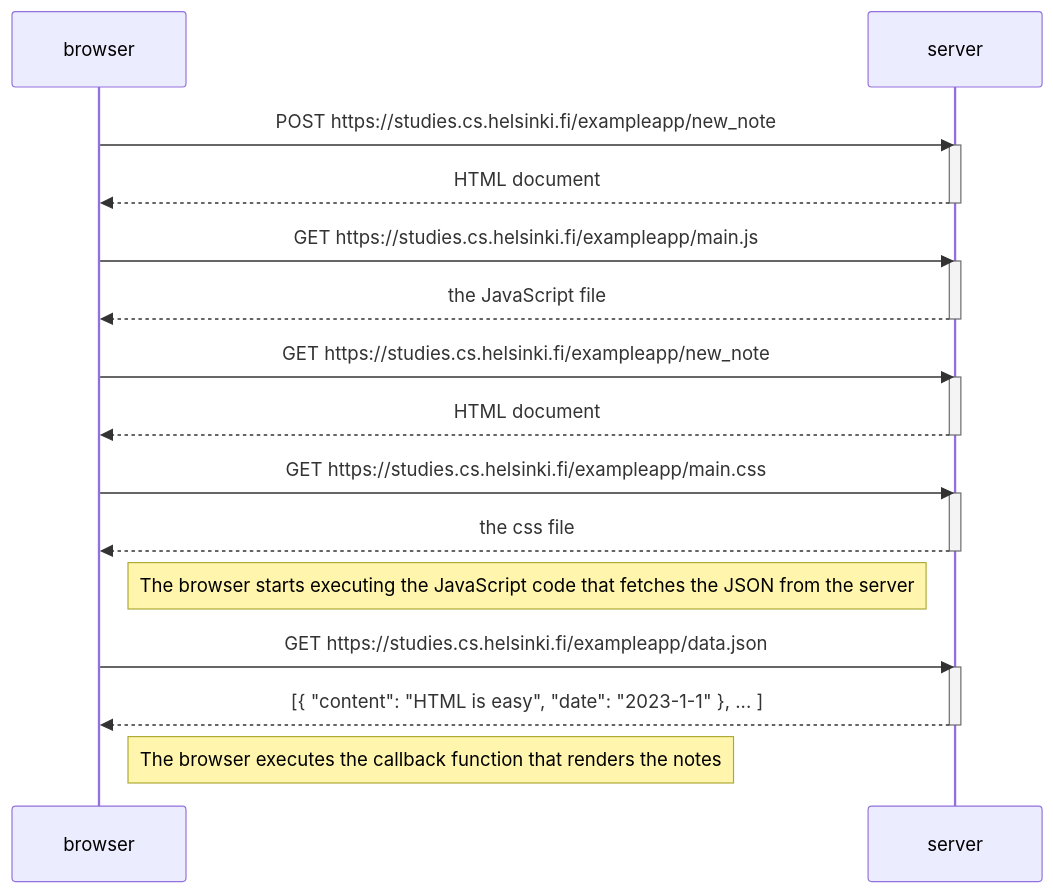
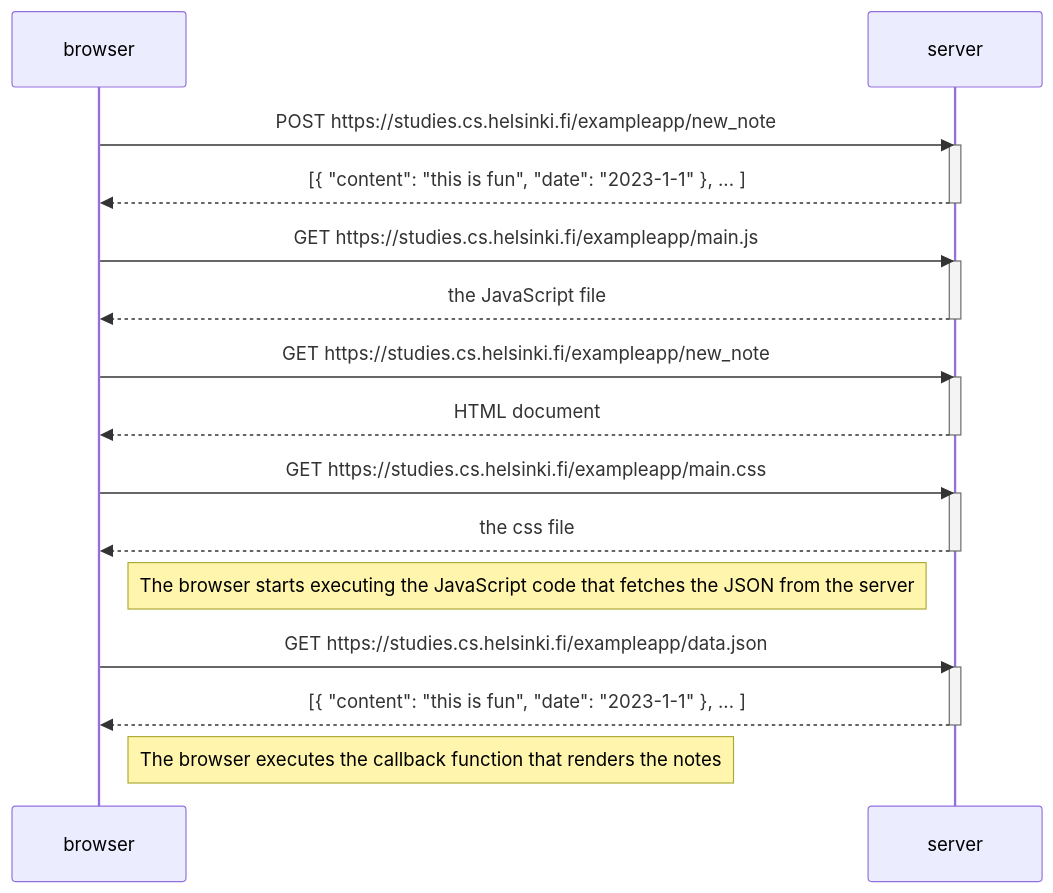
The diagram in README.md (byteGabo/wordtest), drawn with Mermaid before and after one commit.

````diff
--- a/README.md
+++ b/README.md
@@ -1,37 +1,37 @@
  ```mermaid
 
 sequenceDiagram
     participant browser
     participant server
 
     browser->>server: POST https://studies.cs.helsinki.fi/exampleapp/new_note
     activate server
-    server-->>browser: HTML document
+    server-->>browser: [{ "content": "this is fun", "date": "2023-1-1" }, ... ]
     deactivate server
 
     browser->>server: GET https://studies.cs.helsinki.fi/exampleapp/main.js
     activate server
     server-->>browser: the JavaScript file
     deactivate server
 
     browser->>server: GET https://studies.cs.helsinki.fi/exampleapp/new_note
     activate server
     server-->>browser: HTML document
     deactivate server
 
     browser->>server: GET https://studies.cs.helsinki.fi/exampleapp/main.css
     activate server
     server-->>browser: the css file
     deactivate server
 
     Note right of browser: The browser starts executing the JavaScript code that fetches the JSON from the server
 
     browser->>server: GET https://studies.cs.helsinki.fi/exampleapp/data.json
     activate server
-    server-->>browser: [{ "content": "HTML is easy", "date": "2023-1-1" }, ... ]
+    server-->>browser: [{ "content": "this is fun", "date": "2023-1-1" }, ... ]
     deactivate server
 
     Note right of browser: The browser executes the callback function that renders the notes
 
 
 ```
````
